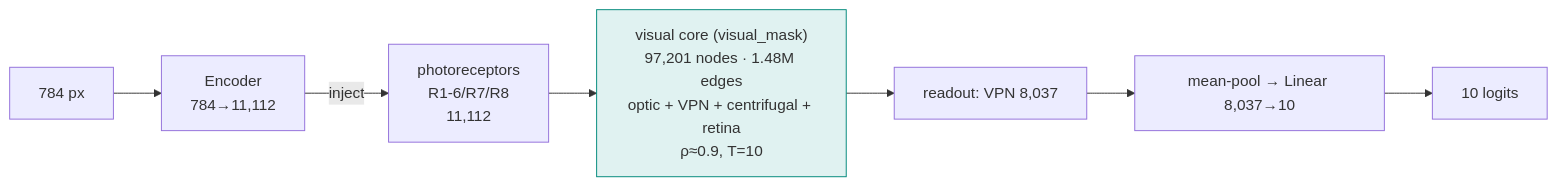
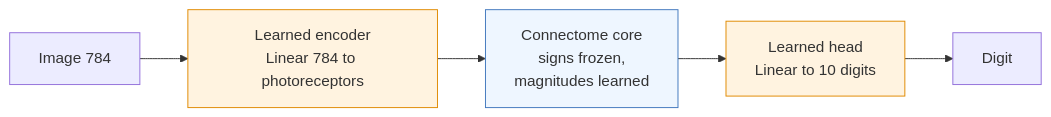
One commit to Mabdel-03/Drosophila-Connectomics---Deep-Learning changed the third of 6 diagrams in 3 - Modeling/MODELS.md. Above: the diagram before and after it, drawn with Mermaid. The commit also changed other lines of this file and 2 other files, not shown here.

````diff
--- a/3 - Modeling/MODELS.md
+++ b/3 - Modeling/MODELS.md
@@ -121,9 +126,10 @@
 ```mermaid
 flowchart LR
-    I["784 px"] --> E["Encoder<br/>784→11,112"]
-    E -->|inject| PR["photoreceptors<br/>R1-6/R7/R8<br/>11,112"]
-    PR --> B["visual core (visual_mask)<br/>97,201 nodes · 1.48M edges<br/>optic + VPN + centrifugal + retina<br/>ρ≈0.9, T=10"]
-    B --> R["readout: VPN 8,037"]
-    R --> H["mean-pool → Linear 8,037→10"] --> O["10 logits"]
-    style B fill:#e0f2f1,stroke:#00897b
+    IMG["Image 784"] --> ENC["Learned encoder<br/>Linear 784 to photoreceptors"]
+    ENC --> CORE["Connectome core<br/>signs frozen,<br/>magnitudes learned"]
+    CORE --> HEAD["Learned head<br/>Linear to 10 digits"]
+    HEAD --> OUT["Digit"]
+    style ENC fill:#fff3e0,stroke:#e08a00
+    style HEAD fill:#fff3e0,stroke:#e08a00
+    style CORE fill:#eef6ff,stroke:#4178be
 ```
````
